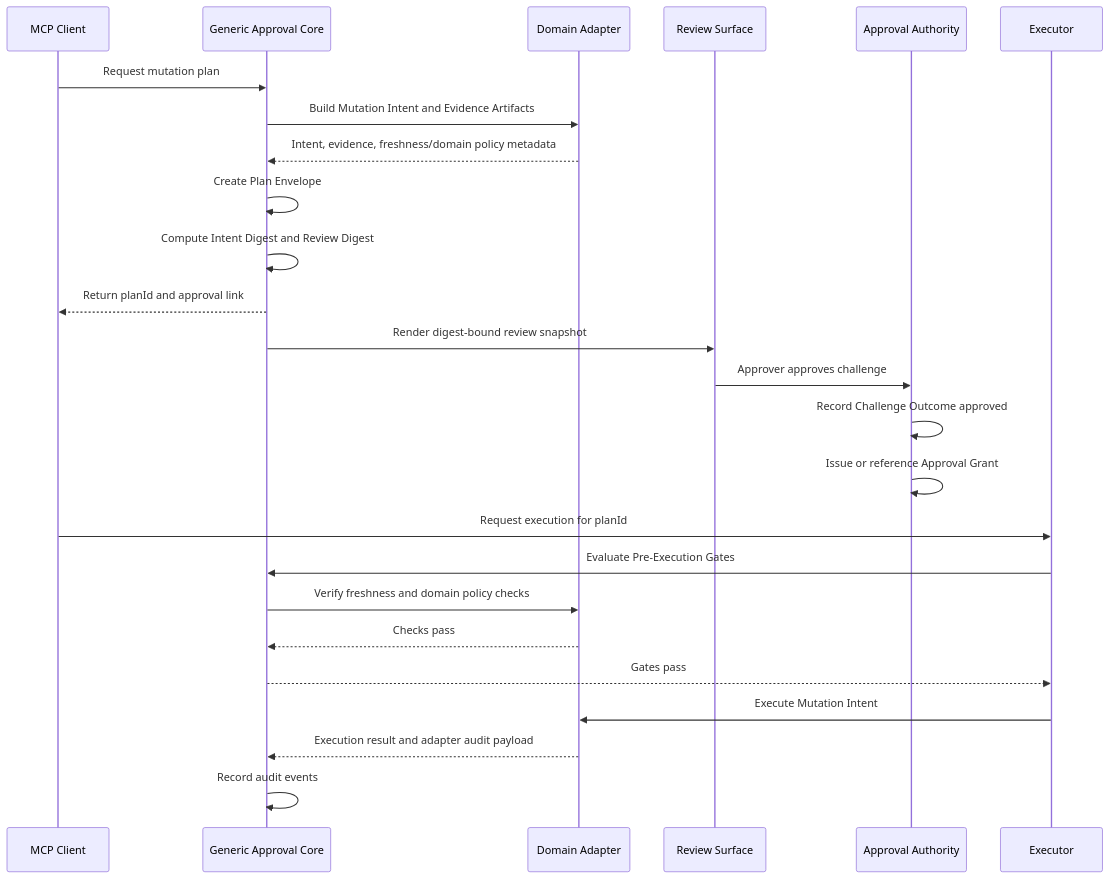
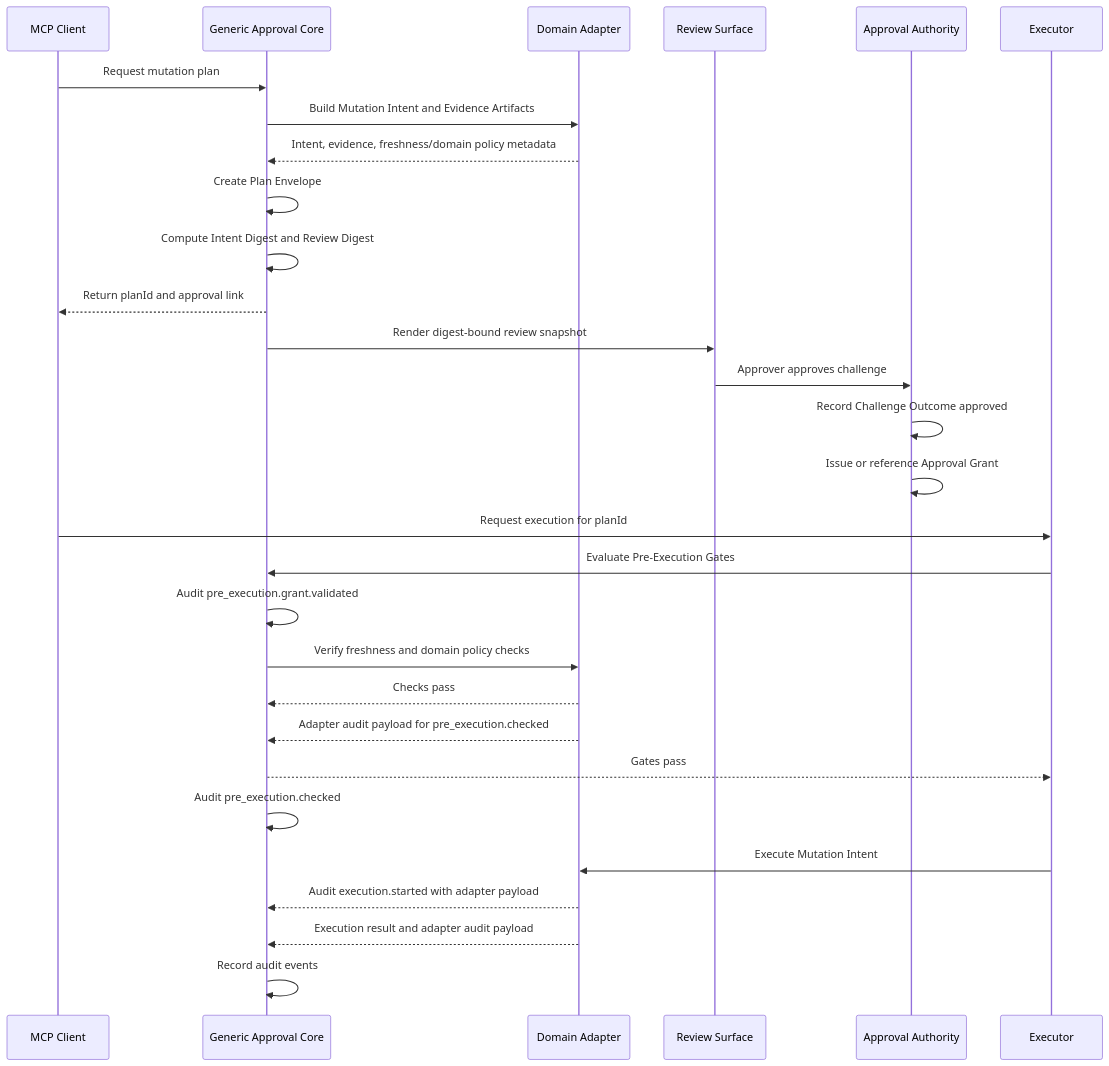
The third of 5 diagrams in docs/mutation-approval-flow.md (mirusser/Kubernetes-MCP-Guard), drawn with Mermaid before and after one commit. The commit also changed other lines of this file and 36 other files, not shown here.

Commit message:
feat: mutation plan approval flow: audits remediation

````diff
--- a/docs/mutation-approval-flow.md
+++ b/docs/mutation-approval-flow.md
@@ -107,28 +107,32 @@
 ```mermaid
 sequenceDiagram
     participant Client as MCP Client
     participant Core as Generic Approval Core
     participant Adapter as Domain Adapter
     participant Surface as Review Surface
     participant Authority as Approval Authority
     participant Executor as Executor
 
     Client->>Core: Request mutation plan
     Core->>Adapter: Build Mutation Intent and Evidence Artifacts
     Adapter-->>Core: Intent, evidence, freshness/domain policy metadata
     Core->>Core: Create Plan Envelope
     Core->>Core: Compute Intent Digest and Review Digest
     Core-->>Client: Return planId and approval link
     Core->>Surface: Render digest-bound review snapshot
     Surface->>Authority: Approver approves challenge
     Authority->>Authority: Record Challenge Outcome approved
     Authority->>Authority: Issue or reference Approval Grant
     Client->>Executor: Request execution for planId
     Executor->>Core: Evaluate Pre-Execution Gates
+    Core->>Core: Audit pre_execution.grant.validated
     Core->>Adapter: Verify freshness and domain policy checks
     Adapter-->>Core: Checks pass
+    Adapter-->>Core: Adapter audit payload for pre_execution.checked
     Core-->>Executor: Gates pass
+    Core->>Core: Audit pre_execution.checked
     Executor->>Adapter: Execute Mutation Intent
+    Adapter-->>Core: Audit execution.started with adapter payload
     Adapter-->>Core: Execution result and adapter audit payload
     Core->>Core: Record audit events
 ```
````
